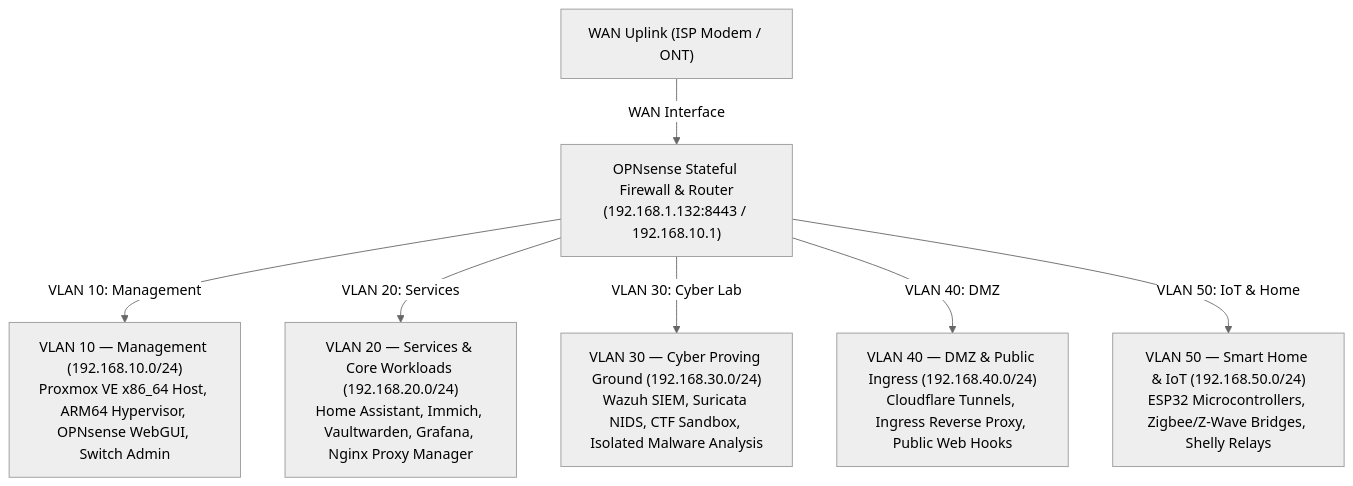
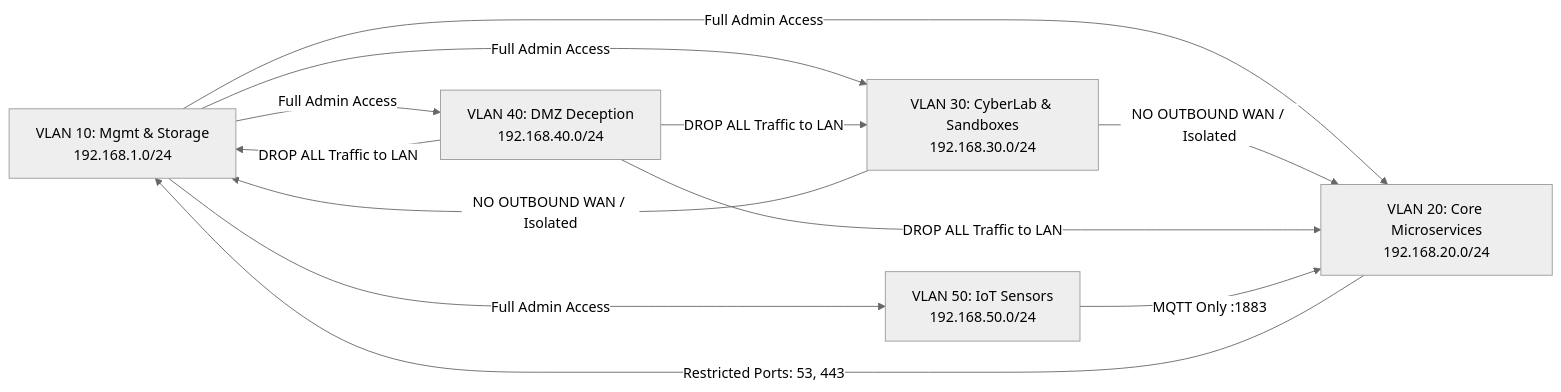
One commit to stefanutc1/datacenter changed the third of 9 diagrams in README.md. Above: the diagram before and after it, drawn with Mermaid (neutral theme). The commit also changed other lines of this file and 3 other files, not shown here.

````diff
--- a/README.md
+++ b/README.md
@@ -116,10 +199,14 @@
 ```mermaid
-graph TD
-    WAN["WAN Uplink (ISP Modem / ONT)"] -->|WAN Interface| OPN["OPNsense Stateful Firewall & Router<br/>(192.168.1.132:8443 / 192.168.10.1)"]
+flowchart LR
+    VLAN10["VLAN 10: Mgmt & Storage<br/>192.168.1.0/24"]
+    VLAN20["VLAN 20: Core Microservices<br/>192.168.20.0/24"]
+    VLAN30["VLAN 30: CyberLab & Sandboxes<br/>192.168.30.0/24"]
+    VLAN40["VLAN 40: DMZ Deception<br/>192.168.40.0/24"]
+    VLAN50["VLAN 50: IoT Sensors<br/>192.168.50.0/24"]
 
-    OPN -->|VLAN 10: Management| V10["VLAN 10 — Management (192.168.10.0/24)<br/>Proxmox VE x86_64 Host, ARM64 Hypervisor, OPNsense WebGUI, Switch Admin"]
-    OPN -->|VLAN 20: Services| V20["VLAN 20 — Services & Core Workloads (192.168.20.0/24)<br/>Home Assistant, Immich, Vaultwarden, Grafana, Nginx Proxy Manager"]
-    OPN -->|VLAN 30: Cyber Lab| V30["VLAN 30 — Cyber Proving Ground (192.168.30.0/24)<br/>Wazuh SIEM, Suricata NIDS, CTF Sandbox, Isolated Malware Analysis"]
-    OPN -->|VLAN 40: DMZ| V40["VLAN 40 — DMZ & Public Ingress (192.168.40.0/24)<br/>Cloudflare Tunnels, Ingress Reverse Proxy, Public Web Hooks"]
-    OPN -->|VLAN 50: IoT & Home| V50["VLAN 50 — Smart Home & IoT (192.168.50.0/24)<br/>ESP32 Microcontrollers, Zigbee/Z-Wave Bridges, Shelly Relays"]
+    VLAN10 -->|Full Admin Access| VLAN20 & VLAN30 & VLAN40 & VLAN50
+    VLAN20 -->|Restricted Ports: 53, 443| VLAN10
+    VLAN30 -->|NO OUTBOUND WAN / Isolated| VLAN10 & VLAN20
+    VLAN40 -->|DROP ALL Traffic to LAN| VLAN10 & VLAN20 & VLAN30
+    VLAN50 -->|MQTT Only :1883| VLAN20
 ```
````
